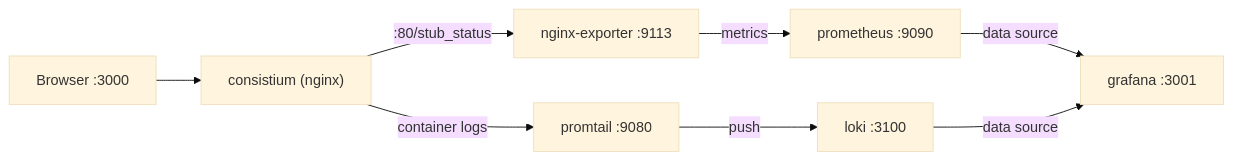
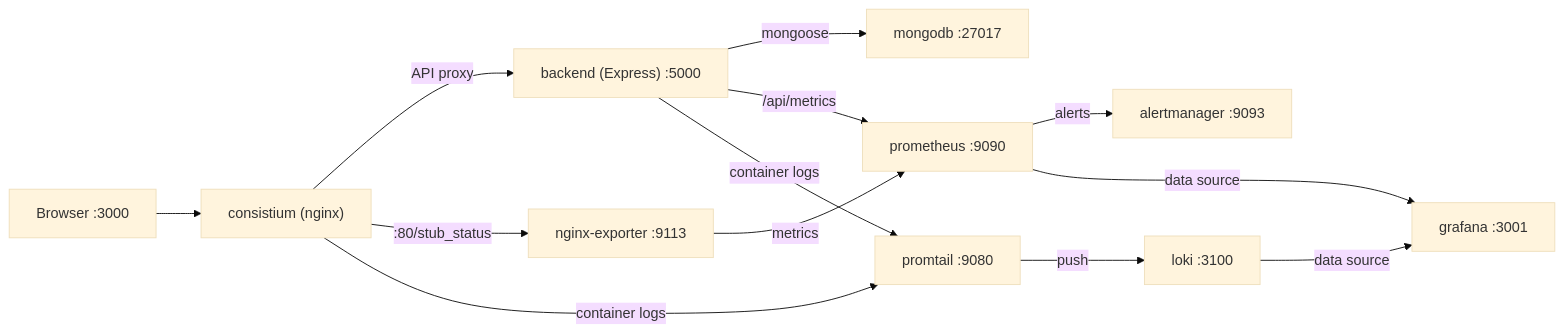
The first of 3 diagrams in docs/devops/docker-setup.md (Kalpanapramodya97/consistium), drawn with Mermaid (base theme) before and after one commit. The commit also changed other lines of this file and 5 other files, not shown here.

````diff
--- a/docs/devops/docker-setup.md
+++ b/docs/devops/docker-setup.md
@@ -129,10 +228,15 @@
 ```mermaid
 graph LR
     A["Browser :3000"] --> B["consistium (nginx)"]
+    B -->|"API proxy"| BB["backend (Express) :5000"]
+    BB -->|"mongoose"| DB["mongodb :27017"]
     B -->|":80/stub_status"| C["nginx-exporter :9113"]
-    C -->|"metrics"| D["prometheus :9090"]
-    D -->|"data source"| E["grafana :3001"]
+    BB -->|"/api/metrics"| D2["prometheus :9090"]
+    C -->|"metrics"| D2
+    D2 -->|"alerts"| AM["alertmanager :9093"]
+    D2 -->|"data source"| E["grafana :3001"]
     B -->|"container logs"| F["promtail :9080"]
+    BB -->|"container logs"| F
     F -->|"push"| G["loki :3100"]
     G -->|"data source"| E
 ```
````
